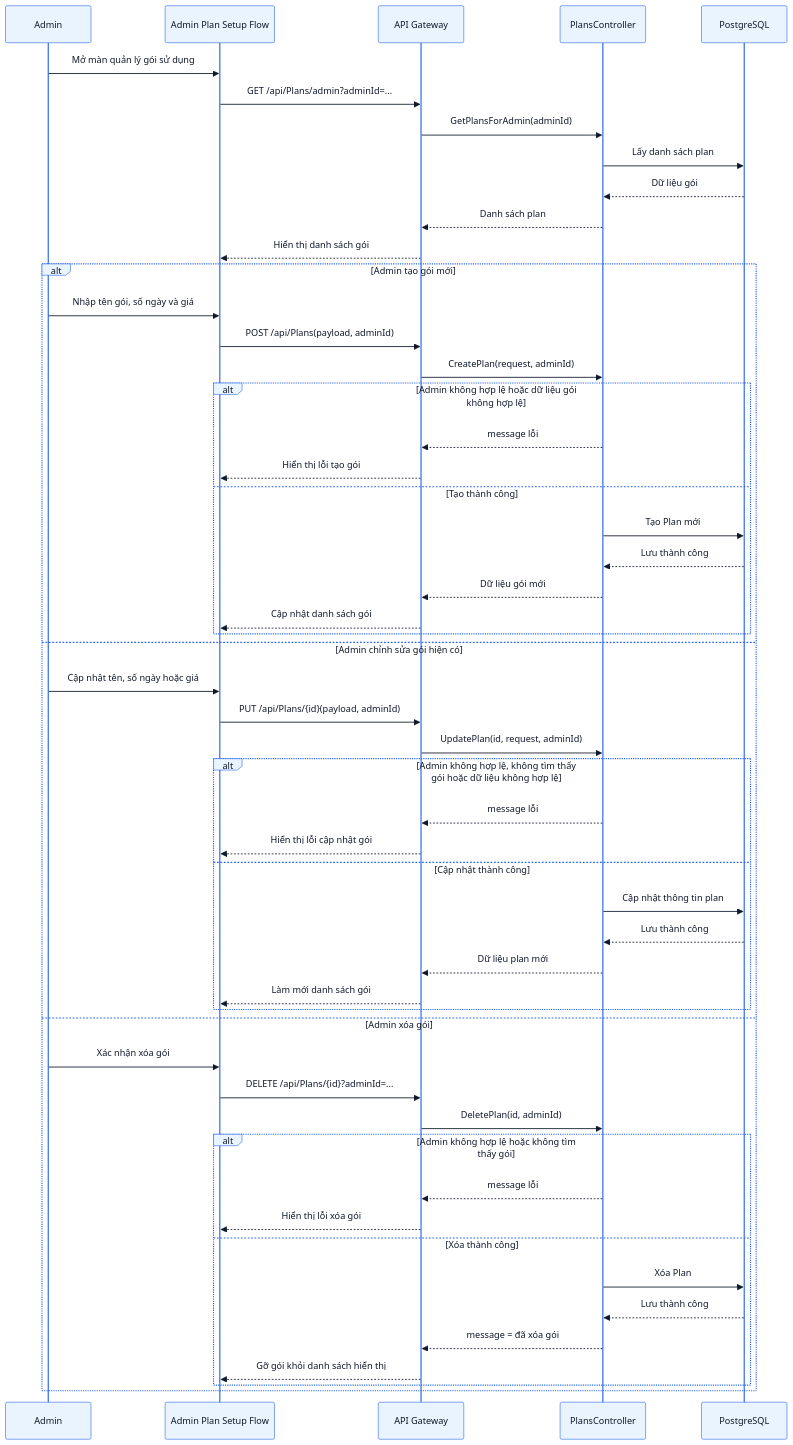
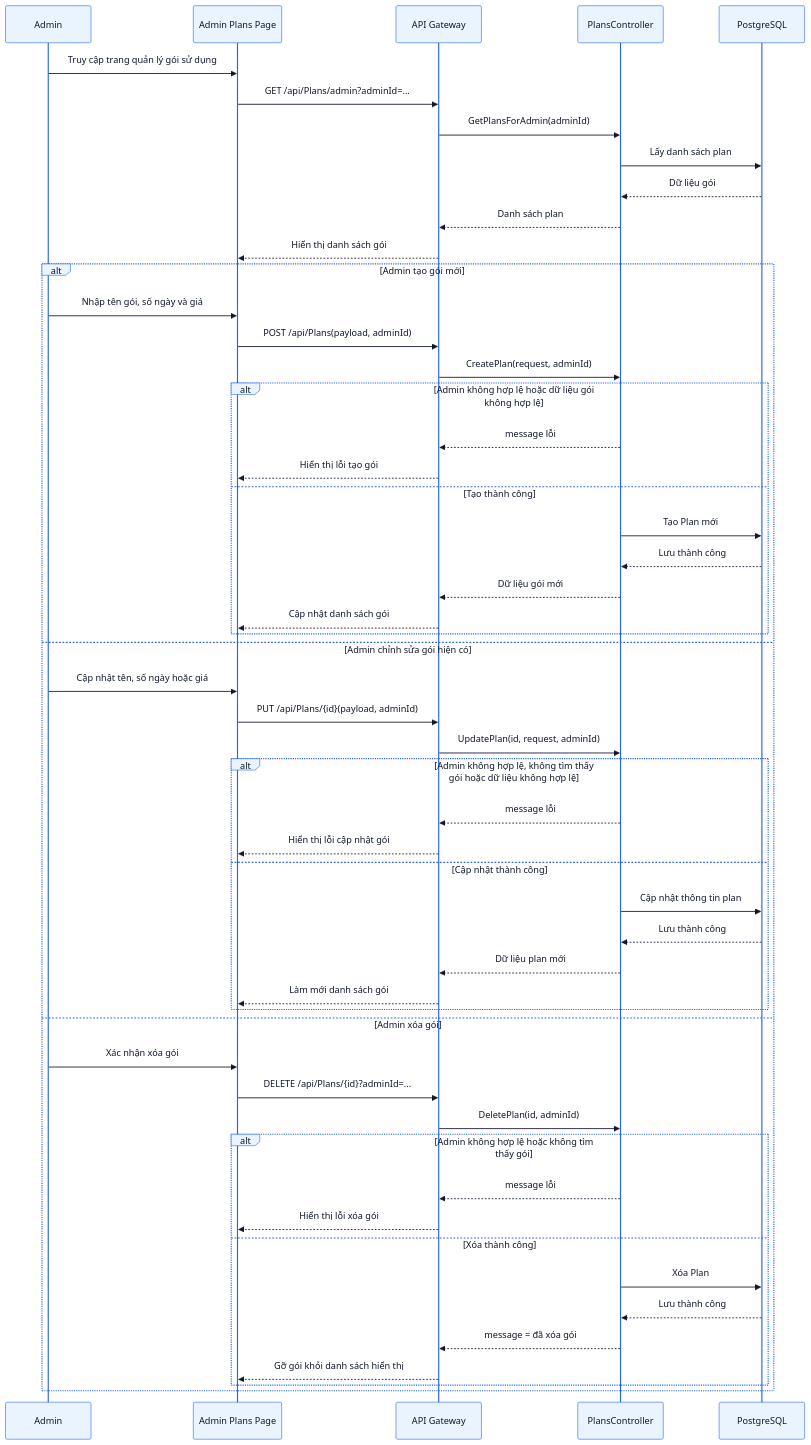
One commit to thaiquanghieu/smart-guide-system changed diagram 19 of 36 in docs/PRD.md. Above: the diagram before and after it, drawn with Mermaid. The commit also changed other lines of this file and 18 other files, not shown here.

Commit message:
docs: update PRD and diagrams

````diff
--- a/docs/PRD.md
+++ b/docs/PRD.md
@@ -2019,76 +2137,76 @@
 ```mermaid
 %%{init: {
   "theme": "base",
   "themeVariables": {
     "primaryColor": "#EAF4FF",
     "primaryBorderColor": "#2563EB",
     "primaryTextColor": "#0F172A",
     "lineColor": "#2563EB",
     "secondaryColor": "#DBEAFE",
     "tertiaryColor": "#F8FBFF",
     "noteBkgColor": "#EFF6FF",
     "noteBorderColor": "#3B82F6",
     "activationBorderColor": "#2563EB",
     "activationBkgColor": "#DBEAFE",
     "sequenceNumberColor": "#0F172A"
   }
 }}%%
 sequenceDiagram
     participant Admin as Admin
-    participant PlanFlow as Admin Plan Setup Flow
+    participant PlanFlow as Admin Plans Page
     participant API as API Gateway
     participant PlansCtl as PlansController
     participant DB as PostgreSQL
 
-    Admin ->> PlanFlow: Mở màn quản lý gói sử dụng
+    Admin ->> PlanFlow: Truy cập trang quản lý gói sử dụng
     PlanFlow ->> API: GET /api/Plans/admin?adminId=...
     API ->> PlansCtl: GetPlansForAdmin(adminId)
     PlansCtl ->> DB: Lấy danh sách plan
     DB -->> PlansCtl: Dữ liệu gói
     PlansCtl -->> API: Danh sách plan
     API -->> PlanFlow: Hiển thị danh sách gói
 
     alt Admin tạo gói mới
         Admin ->> PlanFlow: Nhập tên gói, số ngày và giá
         PlanFlow ->> API: POST /api/Plans(payload, adminId)
         API ->> PlansCtl: CreatePlan(request, adminId)
 
         alt Admin không hợp lệ hoặc dữ liệu gói không hợp lệ
             PlansCtl -->> API: message lỗi
             API -->> PlanFlow: Hiển thị lỗi tạo gói
         else Tạo thành công
             PlansCtl ->> DB: Tạo Plan mới
             DB -->> PlansCtl: Lưu thành công
             PlansCtl -->> API: Dữ liệu gói mới
             API -->> PlanFlow: Cập nhật danh sách gói
         end
     else Admin chỉnh sửa gói hiện có
         Admin ->> PlanFlow: Cập nhật tên, số ngày hoặc giá
         PlanFlow ->> API: PUT /api/Plans/{id}(payload, adminId)
         API ->> PlansCtl: UpdatePlan(id, request, adminId)
 
         alt Admin không hợp lệ, không tìm thấy gói hoặc dữ liệu không hợp lệ
             PlansCtl -->> API: message lỗi
             API -->> PlanFlow: Hiển thị lỗi cập nhật gói
         else Cập nhật thành công
             PlansCtl ->> DB: Cập nhật thông tin plan
             DB -->> PlansCtl: Lưu thành công
             PlansCtl -->> API: Dữ liệu plan mới
             API -->> PlanFlow: Làm mới danh sách gói
         end
     else Admin xóa gói
         Admin ->> PlanFlow: Xác nhận xóa gói
         PlanFlow ->> API: DELETE /api/Plans/{id}?adminId=...
         API ->> PlansCtl: DeletePlan(id, adminId)
 
         alt Admin không hợp lệ hoặc không tìm thấy gói
             PlansCtl -->> API: message lỗi
             API -->> PlanFlow: Hiển thị lỗi xóa gói
         else Xóa thành công
             PlansCtl ->> DB: Xóa Plan
             DB -->> PlansCtl: Lưu thành công
             PlansCtl -->> API: message = đã xóa gói
             API -->> PlanFlow: Gỡ gói khỏi danh sách hiển thị
         end
     end
 ```
````
